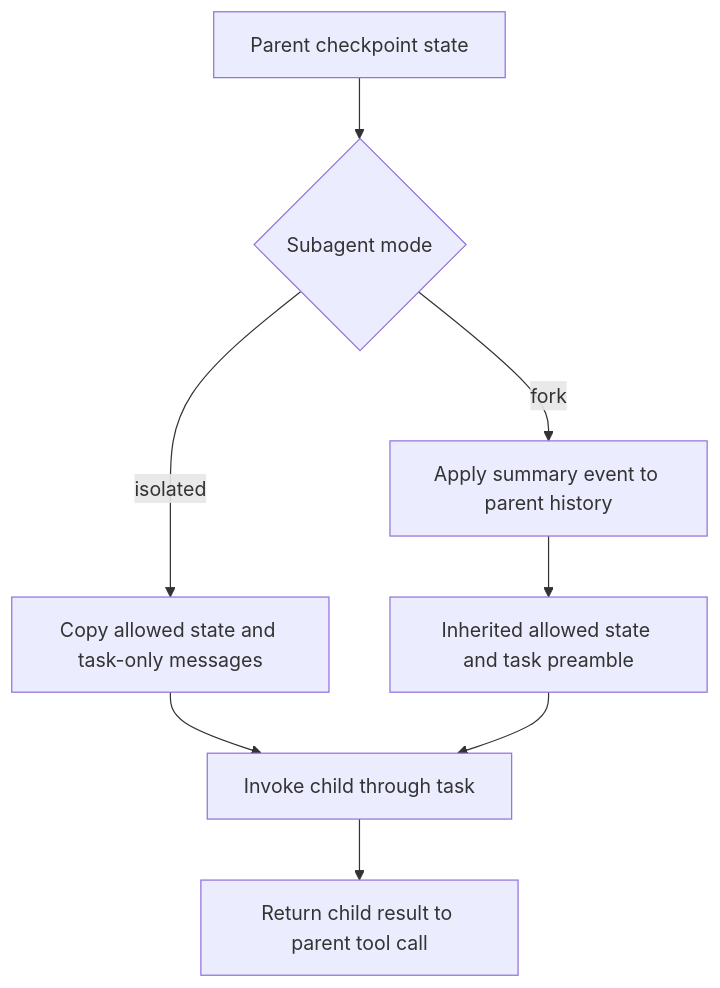
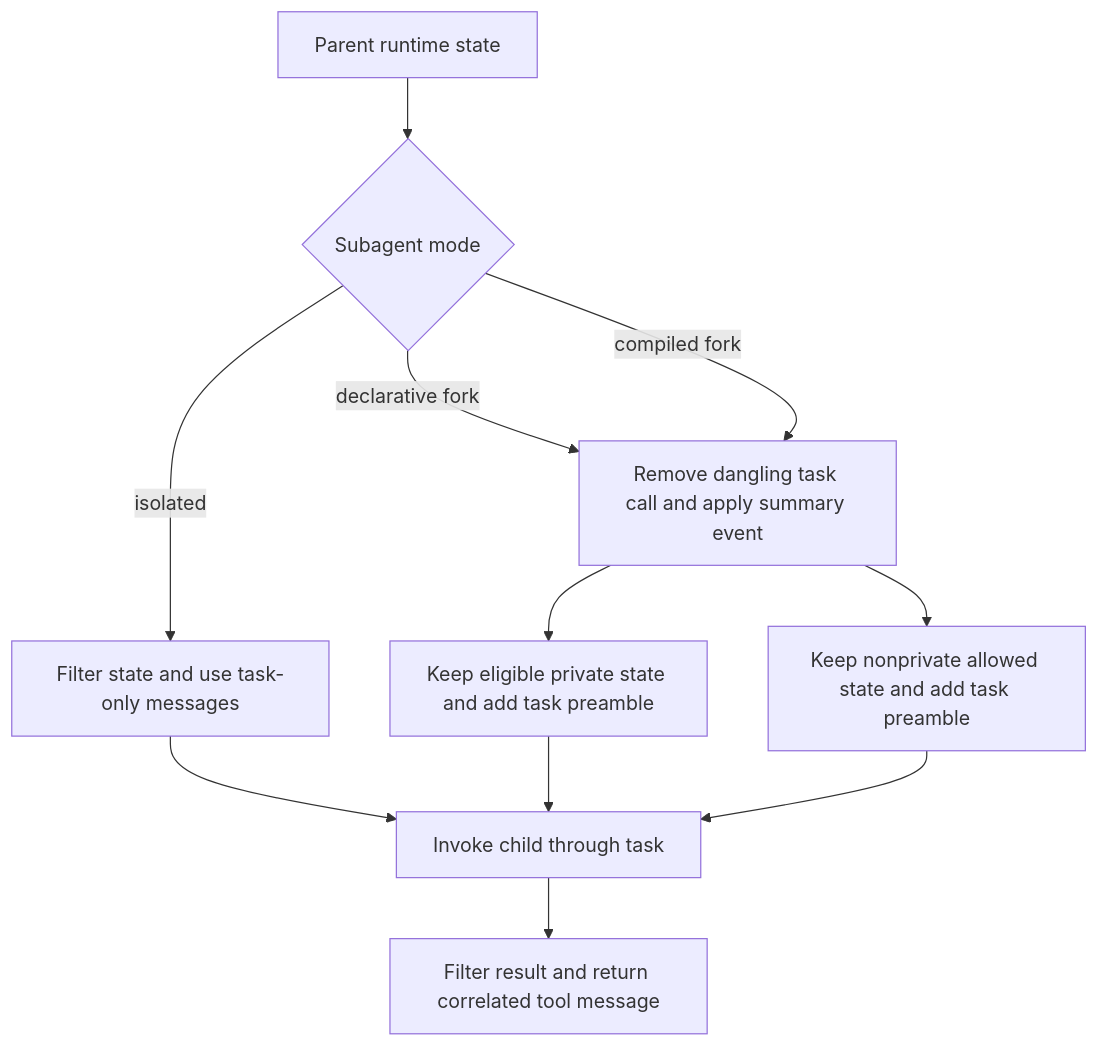
The second of 2 diagrams in openwiki/concepts/context-management.md (langchain-ai/deepagents), drawn with Mermaid before and after one commit. The commit also changed other lines of this file and 30 other files, not shown here.

````diff
--- a/openwiki/concepts/context-management.md
+++ b/openwiki/concepts/context-management.md
@@ -158,10 +120,13 @@
 ```mermaid
 flowchart TD
-    Parent["Parent checkpoint state"] --> Decide{"Subagent mode"}
-    Decide -->|"isolated"| Isolated["Copy allowed state and task-only messages"]
-    Decide -->|"fork"| Effective["Apply summary event to parent history"]
-    Effective --> Forked["Inherited allowed state and task preamble"]
+    Parent["Parent runtime state"] --> Decide{"Subagent mode"}
+    Decide -->|"isolated"| Isolated["Filter state and use task-only messages"]
+    Decide -->|"declarative fork"| Effective["Remove dangling task call and apply summary event"]
+    Decide -->|"compiled fork"| Effective
+    Effective --> Declarative["Keep eligible private state and add task preamble"]
+    Effective --> Compiled["Keep nonprivate allowed state and add task preamble"]
     Isolated --> Invoke["Invoke child through task"]
-    Forked --> Invoke
-    Invoke --> Return["Return child result to parent tool call"]
+    Declarative --> Invoke
+    Compiled --> Invoke
+    Invoke --> Return["Filter result and return correlated tool message"]
 ```
````
